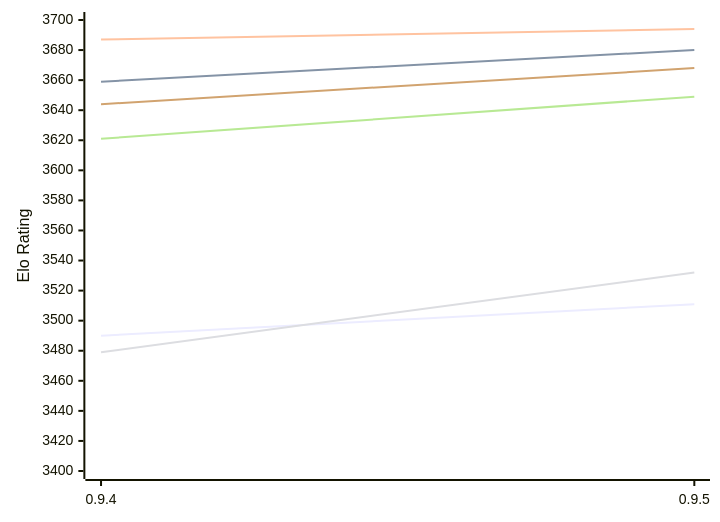
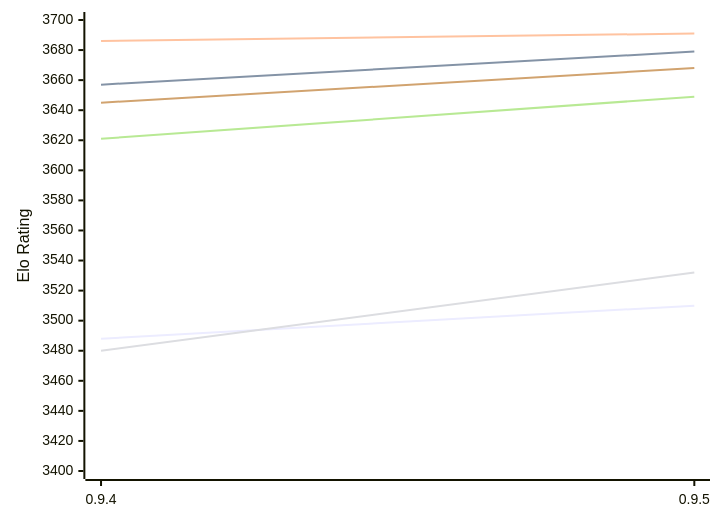
Before and after one commit to computer-chess-index/cci: the first of 2 diagrams in engines/Coda.md, drawn with Mermaid. The commit also changed other lines of this file, not shown here.

Commit message:
Update CCI Ratings (ELO VLTC) - 2026-11-28

````diff
--- a/engines/Coda.md
+++ b/engines/Coda.md
@@ -52,12 +52,12 @@
 ```mermaid
 %%{init: {"theme":"base","themeVariables":{"seriesColors:['#a3a3a3','#222221','#faa371']}}}%%
 xychart-beta
   x-axis ["0.9.4", "0.9.5"]
   y-axis "Elo Rating" 3400 --> 3700
-  line "E1: STC (8.0+0.08s)" [3490, 3511]
-  line "E1: LTC (60.0+0.60s)" [3659, 3680]
-  line "E1: VLTC (2m24s+1.12s)" [3687, 3694]
-  line "P1: STC (8.0+0.08s)" [3479, 3532]
+  line "E1: STC (8.0+0.08s)" [3488, 3510]
+  line "E1: LTC (60.0+0.60s)" [3657, 3679]
+  line "E1: VLTC (2m24s+1.12s)" [3686, 3691]
+  line "P1: STC (8.0+0.08s)" [3480, 3532]
   line "P1: LTC (60.0+0.60s)" [3621, 3649]
-  line "P1: VLTC (2m24s+1.12s)" [3644, 3668]
+  line "P1: VLTC (2m24s+1.12s)" [3645, 3668]
 ```
````
